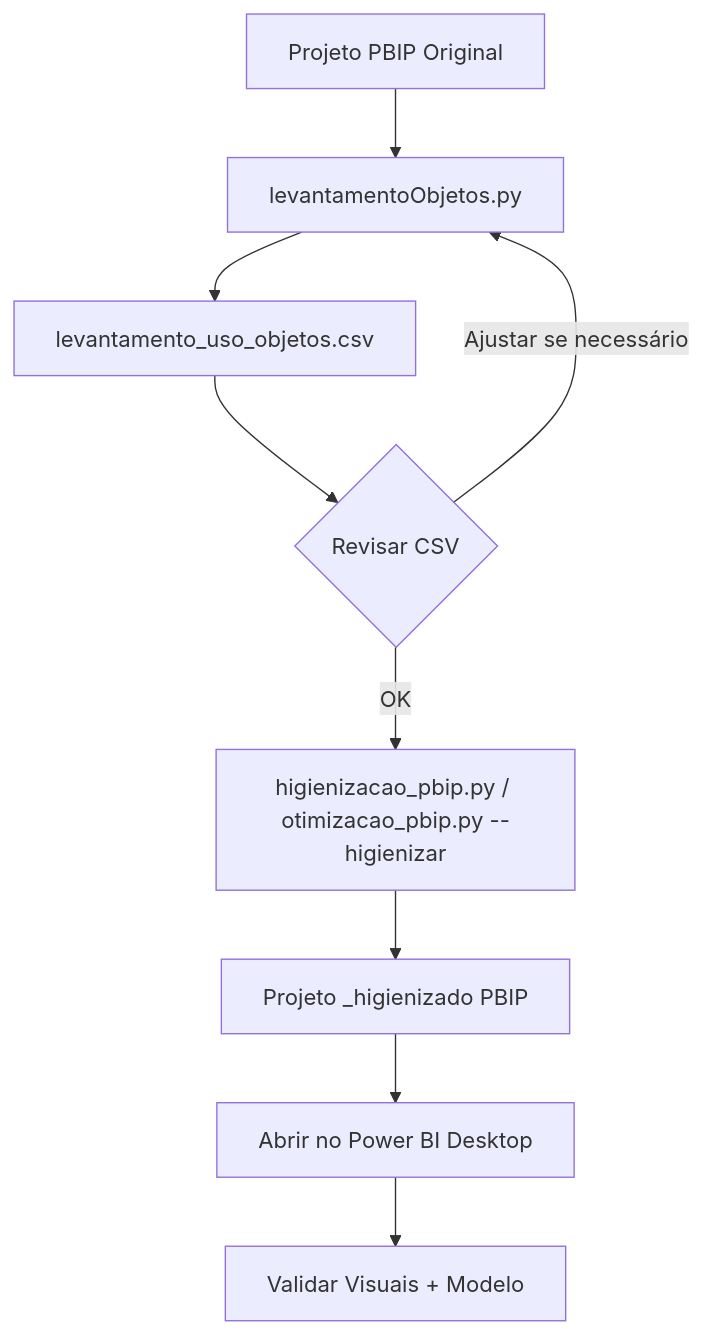
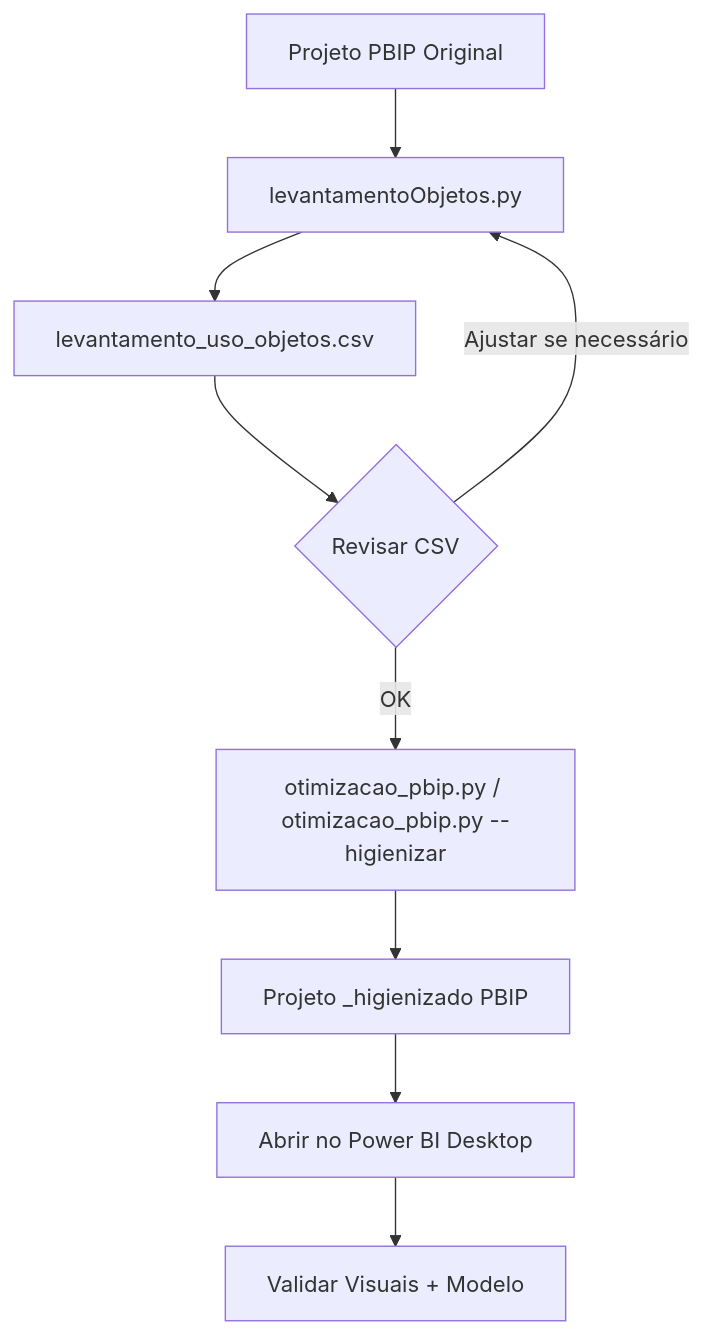
The second of 2 diagrams in README.md (baludf/Otimizacao-de-processos-para-projetos-PBI), drawn with Mermaid before and after one commit. The commit also changed other lines of this file, not shown here.

First line of the commit message:
Update README: replace higienizacao_pbip.py references with otimizacao_pbip.py

````diff
--- a/README.md
+++ b/README.md
@@ -249,11 +249,11 @@
 ```mermaid
 graph TD
     A[Projeto PBIP Original] --> B[levantamentoObjetos.py]
     B --> C[levantamento_uso_objetos.csv]
     C --> D{Revisar CSV}
     D -->|Ajustar se necessário| B
-    D -->|OK| E[higienizacao_pbip.py / otimizacao_pbip.py --higienizar]
+    D -->|OK| E[otimizacao_pbip.py / otimizacao_pbip.py --higienizar]
     E --> F[Projeto _higienizado PBIP]
     F --> G[Abrir no Power BI Desktop]
     G --> H[Validar Visuais + Modelo]
 ```
````
